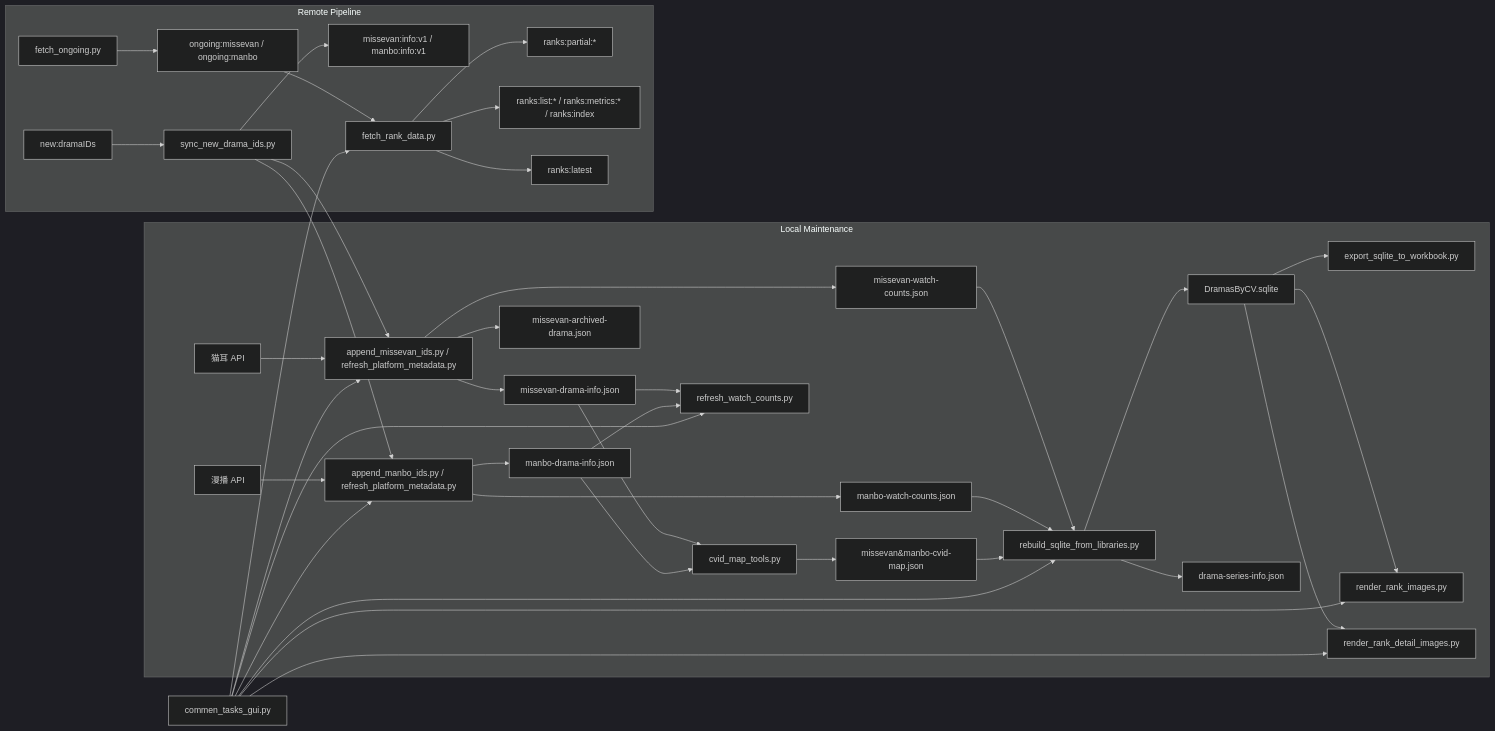
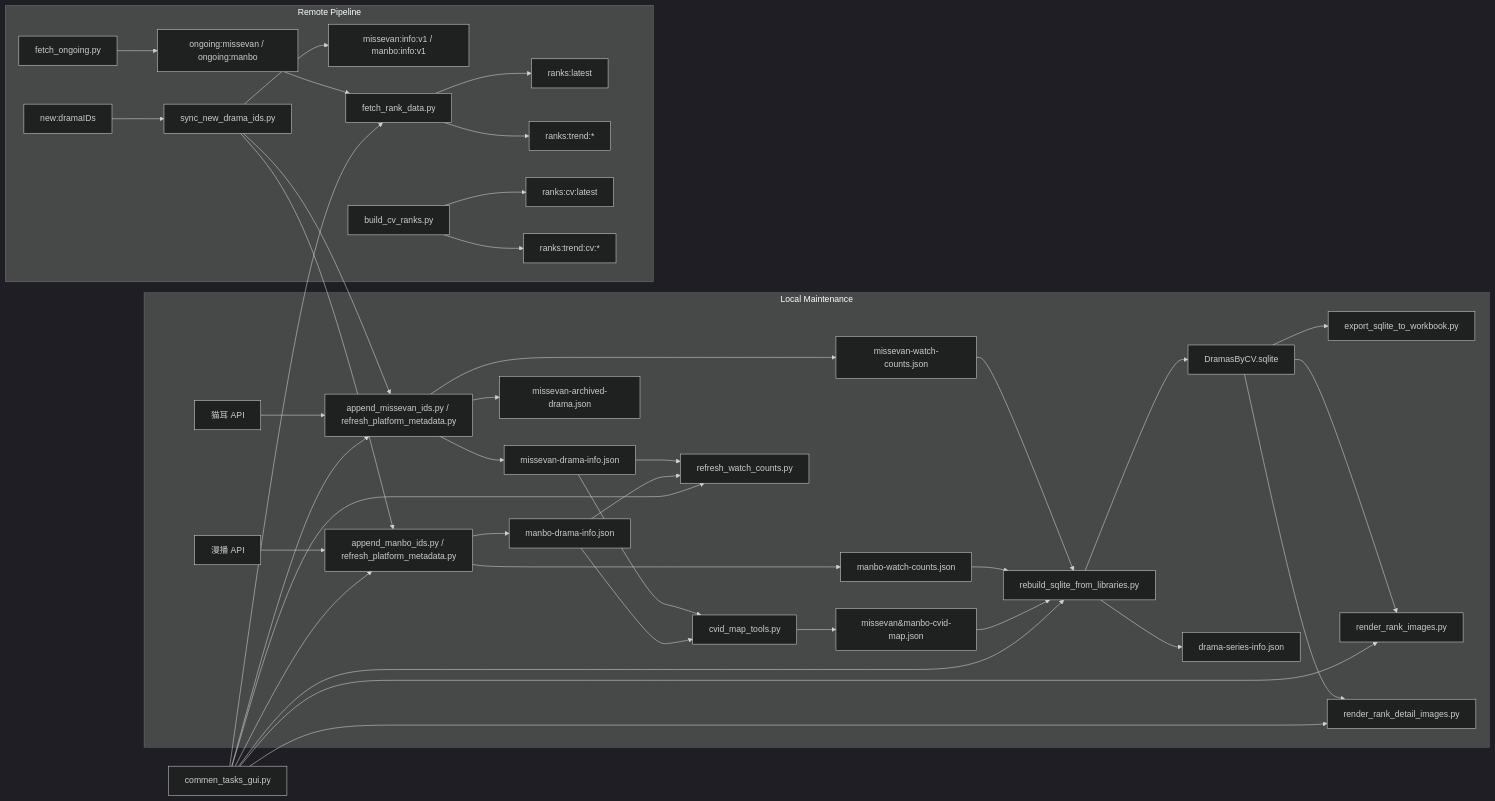
The diagram in PersonalDramaDatabase_architecture.md (hyouyaka/PersonalDramaDatabase), drawn with Mermaid (dark theme) before and after one commit. The commit also changed other lines of this file and 7 other files, not shown here.

````diff
--- a/PersonalDramaDatabase_architecture.md
+++ b/PersonalDramaDatabase_architecture.md
@@ -29,45 +29,46 @@
 ```mermaid
 flowchart LR
     subgraph Local Maintenance
         A[猫耳 API] --> B[append_missevan_ids.py / refresh_platform_metadata.py]
         C[漫播 API] --> D[append_manbo_ids.py / refresh_platform_metadata.py]
         B --> E[missevan-drama-info.json]
         B --> F[missevan-watch-counts.json]
         B --> G[missevan-archived-drama.json]
         D --> H[manbo-drama-info.json]
         D --> I[manbo-watch-counts.json]
         E --> J[cvid_map_tools.py]
         H --> J
         J --> K[missevan&manbo-cvid-map.json]
         E --> L[refresh_watch_counts.py]
         H --> L
         F --> M[rebuild_sqlite_from_libraries.py]
         I --> M
         K --> M
         M --> N[DramasByCV.sqlite]
         M --> O[drama-series-info.json]
         N --> P[export_sqlite_to_workbook.py]
         N --> Q[render_rank_images.py]
         N --> R[render_rank_detail_images.py]
     end
 
     subgraph Remote Pipeline
         S[new:dramaIDs] --> T[sync_new_drama_ids.py]
         T --> B
         T --> D
         T --> U[missevan:info:v1 / manbo:info:v1]
         V[fetch_ongoing.py] --> W[ongoing:missevan / ongoing:manbo]
-        X[fetch_rank_data.py] --> Y[ranks:partial:*]
-        X --> Z[ranks:list:* / ranks:metrics:* / ranks:index]
-        X --> AA[ranks:latest]
+        X[fetch_rank_data.py] --> Y[ranks:latest]
+        X --> Z[ranks:trend:*]
+        AC[build_cv_ranks.py] --> AD[ranks:cv:latest]
+        AC --> AE[ranks:trend:cv:*]
         W --> X
     end
 
     AB[commen_tasks_gui.py] --> B
     AB --> D
     AB --> L
     AB --> M
     AB --> X
     AB --> Q
     AB --> R
 ```
````
